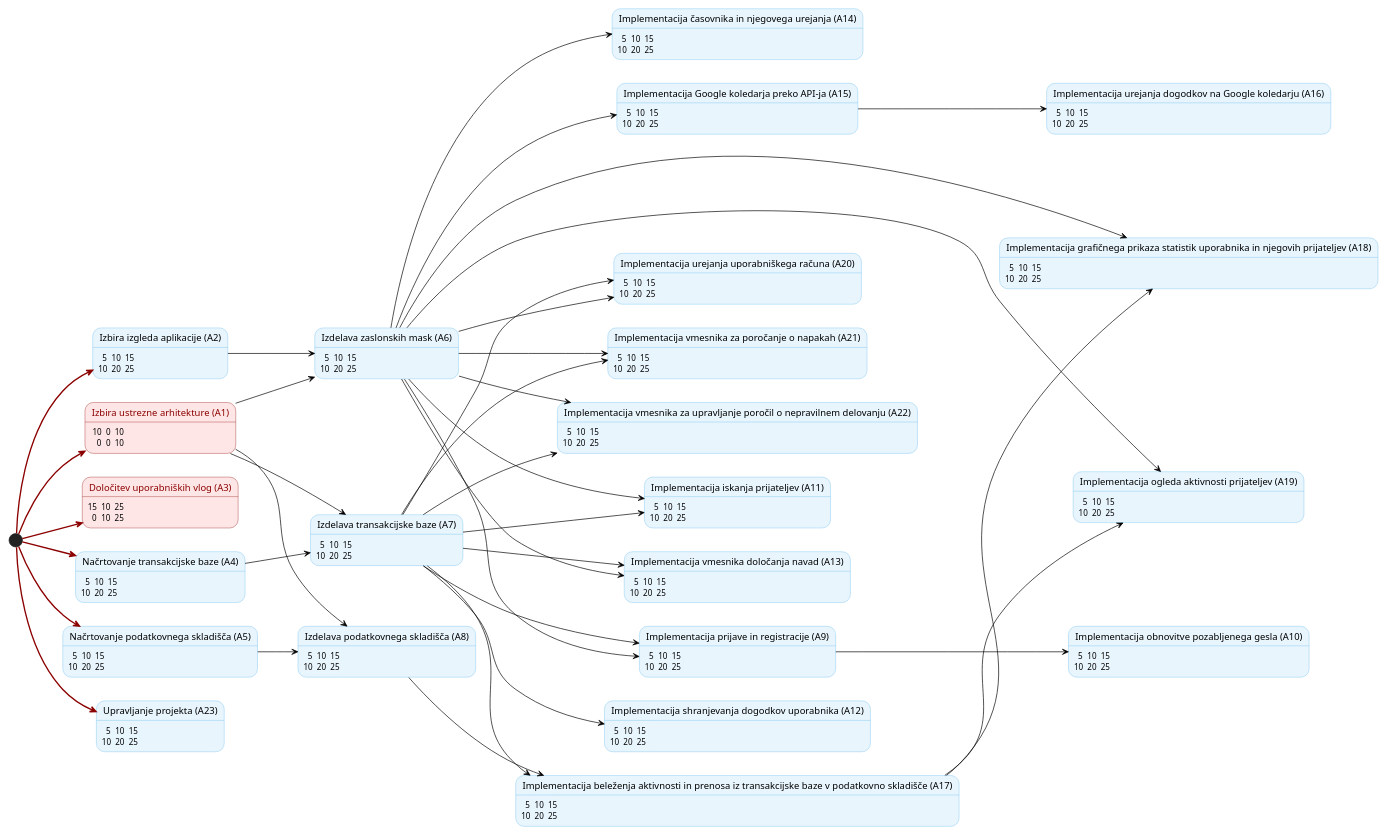
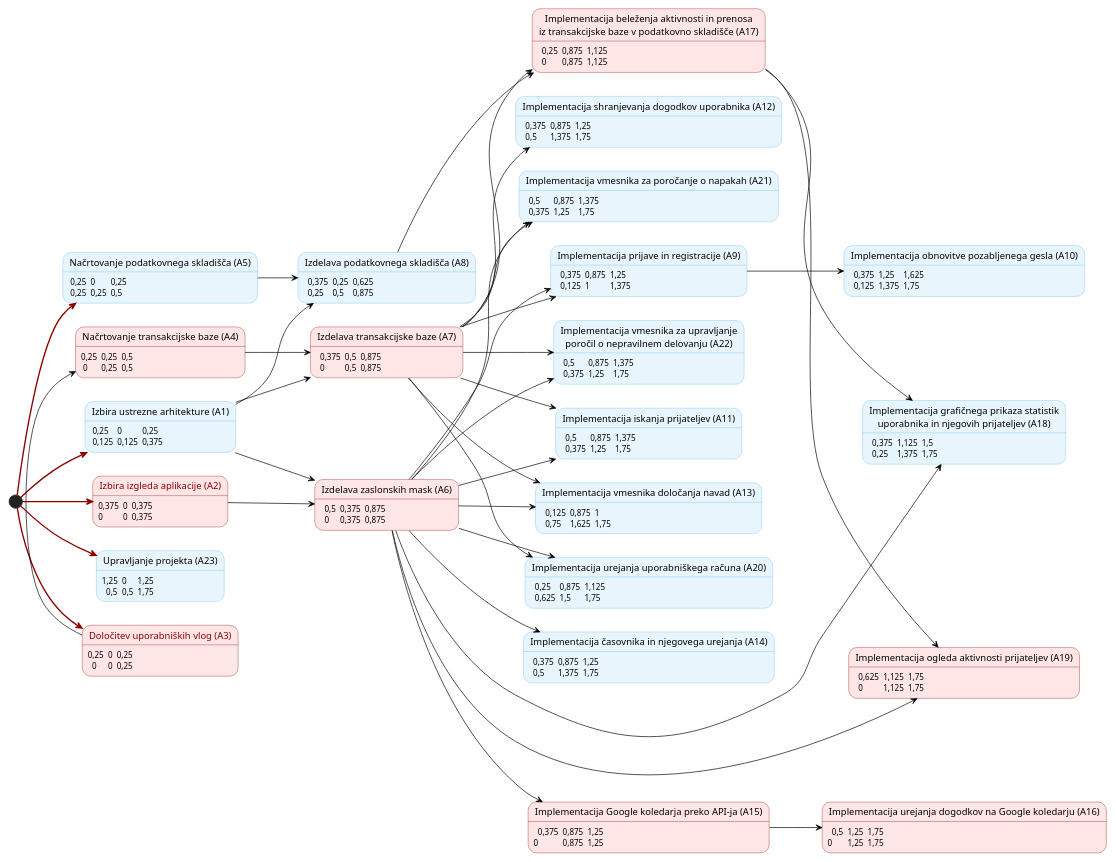
The diagram in docs/gradivo/plantuml/PERT.puml (juremrzek/ProductivityApp), drawn with PlantUML before and after one commit.

```diff
--- a/docs/gradivo/plantuml/PERT.puml
+++ b/docs/gradivo/plantuml/PERT.puml
@@ -1,112 +1,113 @@
 @startuml "PERT diagram"
 
 skinparam backgroundColor transparent
 left to right direction
 
 scale 0.8
 
 <style>
 stateDiagram {
   arrow {
     LineColor black
   }
 }
 </style>
 
 skinparam State {
   BackgroundColor #e8f5fd
   BorderColor #5FB8EC
 }
 
 skinparam defaultTextAlignment center
 
-state "<color:darkred>Izbira ustrezne arhitekture (A1)</color>" as A1 #ffe6e6;line:darkred : <#ffe6e6,#ffe6e6>|  10 | 0 | 10 |\n|    0 | 0 | 10 |
-state "Izbira izgleda aplikacije (A2)" as A2 : <#e8f5fd,#e8f5fd>|   5 | 10 | 15 |\n| 10 | 20 | 25 |
-state "<color:darkred>Določitev uporabniških vlog (A3)</color>" as A3 #ffe6e6;line:darkred : <#ffe6e6,#ffe6e6>| 15 | 10 | 25 |\n|   0 | 10 | 25 |
-state "Načrtovanje transakcijske baze (A4)" as A4 : <#e8f5fd,#e8f5fd>|   5 | 10 | 15 |\n| 10 | 20 | 25 |
-state "Načrtovanje podatkovnega skladišča (A5)" as A5 : <#e8f5fd,#e8f5fd>|   5 | 10 | 15 |\n| 10 | 20 | 25 |
-state "Izdelava zaslonskih mask (A6)" as A6 : <#e8f5fd,#e8f5fd>|   5 | 10 | 15 |\n| 10 | 20 | 25 |
-state "Izdelava transakcijske baze (A7)" as A7 : <#e8f5fd,#e8f5fd>|   5 | 10 | 15 |\n| 10 | 20 | 25 |
-state "Izdelava podatkovnega skladišča (A8)" as A8 : <#e8f5fd,#e8f5fd>|   5 | 10 | 15 |\n| 10 | 20 | 25 |
-state "Implementacija prijave in registracije (A9)" as A9 : <#e8f5fd,#e8f5fd>|   5 | 10 | 15 |\n| 10 | 20 | 25 |
-state "Implementacija obnovitve pozabljenega gesla (A10)" as A10 : <#e8f5fd,#e8f5fd>|   5 | 10 | 15 |\n| 10 | 20 | 25 |
-state "Implementacija iskanja prijateljev (A11)" as A11 : <#e8f5fd,#e8f5fd>|   5 | 10 | 15 |\n| 10 | 20 | 25 |
-state "Implementacija shranjevanja dogodkov uporabnika (A12)" as A12 : <#e8f5fd,#e8f5fd>|   5 | 10 | 15 |\n| 10 | 20 | 25 |
-state "Implementacija vmesnika določanja navad (A13)" as A13 : <#e8f5fd,#e8f5fd>|   5 | 10 | 15 |\n| 10 | 20 | 25 |
-state "Implementacija časovnika in njegovega urejanja (A14)" as A14 : <#e8f5fd,#e8f5fd>|   5 | 10 | 15 |\n| 10 | 20 | 25 |
-state "Implementacija Google koledarja preko API-ja (A15)" as A15 : <#e8f5fd,#e8f5fd>|   5 | 10 | 15 |\n| 10 | 20 | 25 |
-state "Implementacija urejanja dogodkov na Google koledarju (A16)" as A16 : <#e8f5fd,#e8f5fd>|   5 | 10 | 15 |\n| 10 | 20 | 25 |
-state "Implementacija beleženja aktivnosti in prenosa iz transakcijske baze v podatkovno skladišče (A17)" as A17 : <#e8f5fd,#e8f5fd>|   5 | 10 | 15 |\n| 10 | 20 | 25 |
-state "Implementacija grafičnega prikaza statistik uporabnika in njegovih prijateljev (A18)" as A18 : <#e8f5fd,#e8f5fd>|   5 | 10 | 15 |\n| 10 | 20 | 25 |
-state "Implementacija ogleda aktivnosti prijateljev (A19)" as A19 : <#e8f5fd,#e8f5fd>|   5 | 10 | 15 |\n| 10 | 20 | 25 |
-state "Implementacija urejanja uporabniškega računa (A20)" as A20 : <#e8f5fd,#e8f5fd>|   5 | 10 | 15 |\n| 10 | 20 | 25 |
-state "Implementacija vmesnika za poročanje o napakah (A21)" as A21 : <#e8f5fd,#e8f5fd>|   5 | 10 | 15 |\n| 10 | 20 | 25 |
-state "Implementacija vmesnika za upravljanje poročil o nepravilnem delovanju (A22)" as A22 : <#e8f5fd,#e8f5fd>|   5 | 10 | 15 |\n| 10 | 20 | 25 |
-state "Upravljanje projekta (A23)" as A23 : <#e8f5fd,#e8f5fd>|   5 | 10 | 15 |\n| 10 | 20 | 25 |
+state "Izbira ustrezne arhitekture (A1)" as A1 : <#e8f5fd,#e8f5fd>|  0,25 | 0 | 0,25 |\n|  0,125 | 0,125 | 0,375 |
+state "<color:darkred>Izbira izgleda aplikacije (A2)</color>" as A2 #ffe6e6;line:darkred : <#ffe6e6,#ffe6e6>| 0,375 | 0 | 0,375 |\n| 0 | 0 | 0,375 |
+state "<color:darkred>Določitev uporabniških vlog (A3)</color>" as A3 #ffe6e6;line:darkred : <#ffe6e6,#ffe6e6>| 0,25 | 0 | 0,25 |\n|   0 | 0 | 0,25 |
+state "Načrtovanje transakcijske baze (A4)" as A4 #ffe6e6;line:darkred : <#ffe6e6,#ffe6e6>| 0,25 | 0,25 | 0,5 |\n|  0 | 0,25 | 0,5 |
+state "Načrtovanje podatkovnega skladišča (A5)" as A5 : <#e8f5fd,#e8f5fd>|  0,25 | 0 | 0,25 |\n|  0,25 | 0,25 | 0,5 |
+state "Izdelava zaslonskih mask (A6)" as A6 #ffe6e6;line:darkred : <#ffe6e6,#ffe6e6>|   0,5 | 0,375 | 0,875 |\n|   0 | 0,375 | 0,875 |
+state "Izdelava transakcijske baze (A7)" as A7 #ffe6e6;line:darkred : <#ffe6e6,#ffe6e6>|   0,375 | 0,5 | 0,875 |\n|   0 | 0,5 | 0,875 |
+state "Izdelava podatkovnega skladišča (A8)" as A8 : <#e8f5fd,#e8f5fd>|   0,375 | 0,25 | 0,625 |\n|   0,25 | 0,5 | 0,875 |
+state "Implementacija prijave in registracije (A9)" as A9 : <#e8f5fd,#e8f5fd>|   0,375 | 0,875 | 1,25 |\n|   0,125 | 1 | 1,375 |
+state "Implementacija obnovitve pozabljenega gesla (A10)" as A10 : <#e8f5fd,#e8f5fd>|   0,375 | 1,25 | 1,625 |\n|   0,125 | 1,375 | 1,75 |
+state "Implementacija iskanja prijateljev (A11)" as A11 : <#e8f5fd,#e8f5fd>|   0,5 | 0,875 | 1,375 |\n|   0,375 | 1,25 | 1,75 |
+state "Implementacija shranjevanja dogodkov uporabnika (A12)" as A12 : <#e8f5fd,#e8f5fd>|   0,375 | 0,875 | 1,25 |\n|   0,5 | 1,375 | 1,75 |
+state "Implementacija vmesnika določanja navad (A13)" as A13 : <#e8f5fd,#e8f5fd>|   0,125 | 0,875 | 1 |\n|   0,75 | 1,625 | 1,75 |
+state "Implementacija časovnika in njegovega urejanja (A14)" as A14 : <#e8f5fd,#e8f5fd>|   0,375 | 0,875 | 1,25 |\n|   0,5 | 1,375 | 1,75 |
+state "Implementacija Google koledarja preko API-ja (A15)" as A15 #ffe6e6;line:darkred : <#ffe6e6,#ffe6e6>|   0,375 | 0,875 | 1,25 |\n| 0 | 0,875 | 1,25 |
+state "Implementacija urejanja dogodkov na Google koledarju (A16)" as A16 #ffe6e6;line:darkred : <#ffe6e6,#ffe6e6>|   0,5 | 1,25 | 1,75 |\n| 0 | 1,25 | 1,75 |
+state "Implementacija beleženja aktivnosti in prenosa\niz transakcijske baze v podatkovno skladišče (A17)" as A17 #ffe6e6;line:darkred : <#ffe6e6,#ffe6e6>|   0,25 | 0,875 | 1,125 |\n|   0 | 0,875 | 1,125 |
+state "Implementacija grafičnega prikaza statistik\nuporabnika in njegovih prijateljev (A18)" as A18 : <#e8f5fd,#e8f5fd>|   0,375 | 1,125 | 1,5 |\n|   0,25 | 1,375 | 1,75 |
+state "Implementacija ogleda aktivnosti prijateljev (A19)" as A19 #ffe6e6;line:darkred : <#ffe6e6,#ffe6e6>|   0,625 | 1,125 | 1,75 |\n|   0 | 1,125 | 1,75 |
+state "Implementacija urejanja uporabniškega računa (A20)" as A20 : <#e8f5fd,#e8f5fd>|   0,25 | 0,875 | 1,125 |\n|   0,625 | 1,5 | 1,75 |
+state "Implementacija vmesnika za poročanje o napakah (A21)" as A21 : <#e8f5fd,#e8f5fd>|   0,5 | 0,875 | 1,375 |\n|   0,375 | 1,25 | 1,75 |
+state "Implementacija vmesnika za upravljanje\nporočil o nepravilnem delovanju (A22)" as A22 : <#e8f5fd,#e8f5fd>|   0,5 | 0,875 | 1,375 |\n|   0,375 | 1,25 | 1,75 |
+state "Upravljanje projekta (A23)" as A23 : <#e8f5fd,#e8f5fd>| 1,25 | 0 | 1,25 |\n|   0,5 | 0,5 | 1,75 |
 
 [*] -[#darkred,bold]-> A1
 [*] -[#darkred,bold]-> A2
 [*] -[#darkred,bold]-> A3
-[*] -[#darkred,bold]-> A4
 [*] -[#darkred,bold]-> A5
+
+A3-> A4
 
 A1 --> A6
 A2 --> A6
 
 A1 --> A7
 A4 --> A7
 
 A1 --> A8
 A5 --> A8
 
 A6 --> A9
 A7 --> A9
 
 A9 --> A10
 
 A6 --> A11
 A7 --> A11
 
 A7 --> A12
 
 A6 --> A13
 A7 --> A13
 
 A6 --> A14
 
 A6 --> A15
 
 A15 --> A16
 
 A7 --> A17
 A8 --> A17
 
 A6 --> A18
 A17 --> A18
 
 A6 --> A19
 A17 --> A19
 
 A6 --> A20
 A7 --> A20
 
 A6 --> A21
 A7 --> A21
 
 A6 --> A22
 A7 --> A22
 
 [*] -[#darkred,bold]-> A23
 
 'A3 --> [*]
 'A23 --> [*]
 'A14 --> [*]
 'A13 --> [*]
 'A20 --> [*]
 'A21 --> [*]
 'A1 --> A2
 'A1 -[#darkred,bold]-> A3
 'A2 --> [*]
 'A3 -[#darkred,bold]-> [*]
 
 @enduml
```
